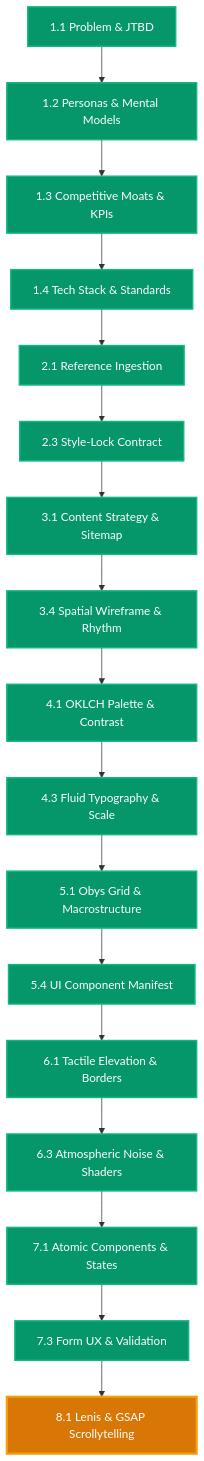
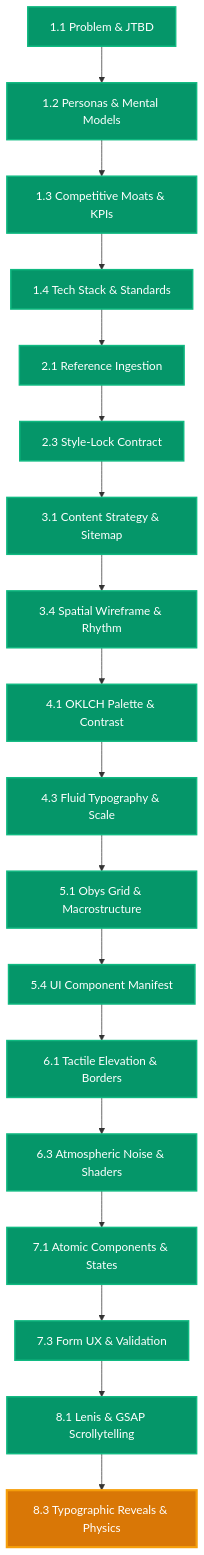
The diagram in RESUME.md (atinek-182/Vidya-Dham-Academy), drawn with Mermaid before and after one commit. The commit also changed other lines of this file and 11 other files, not shown here.

Commit message:
[EVOLVE]: Complete Phase 8.1 Lenis & GSAP scrollytelling architecture and record evolutionary findings

````diff
--- a/RESUME.md
+++ b/RESUME.md
@@ -42,23 +42,24 @@
 ```mermaid
 graph TD
   P1_1["1.1 Problem & JTBD"]:::completed --> P1_2["1.2 Personas & Mental Models"]:::completed
   P1_2 --> P1_3["1.3 Competitive Moats & KPIs"]:::completed
   P1_3 --> P1_4["1.4 Tech Stack & Standards"]:::completed
   P1_4 --> P2_1["2.1 Reference Ingestion"]:::completed
   P2_1 --> P2_3["2.3 Style-Lock Contract"]:::completed
   P2_3 --> P3_1["3.1 Content Strategy & Sitemap"]:::completed
   P3_1 --> P3_4["3.4 Spatial Wireframe & Rhythm"]:::completed
   P3_4 --> P4_1["4.1 OKLCH Palette & Contrast"]:::completed
   P4_1 --> P4_3["4.3 Fluid Typography & Scale"]:::completed
   P4_3 --> P5_1["5.1 Obys Grid & Macrostructure"]:::completed
   P5_1 --> P5_4["5.4 UI Component Manifest"]:::completed
   P5_4 --> P6_1["6.1 Tactile Elevation & Borders"]:::completed
   P6_1 --> P6_3["6.3 Atmospheric Noise & Shaders"]:::completed
   P6_3 --> P7_1["7.1 Atomic Components & States"]:::completed
   P7_1 --> P7_3["7.3 Form UX & Validation"]:::completed
-  P7_3 --> P8_1["8.1 Lenis & GSAP Scrollytelling"]:::active
+  P7_3 --> P8_1["8.1 Lenis & GSAP Scrollytelling"]:::completed
+  P8_1 --> P8_3["8.3 Typographic Reveals & Physics"]:::active
 
   classDef completed fill:#059669,stroke:#10b981,color:#ffffff,stroke-width:2px;
   classDef active fill:#d97706,stroke:#f59e0b,color:#ffffff,stroke-width:3px;
   classDef pending fill:#1f2937,stroke:#374151,color:#9ca3af,stroke-width:1px;
 ```
````
